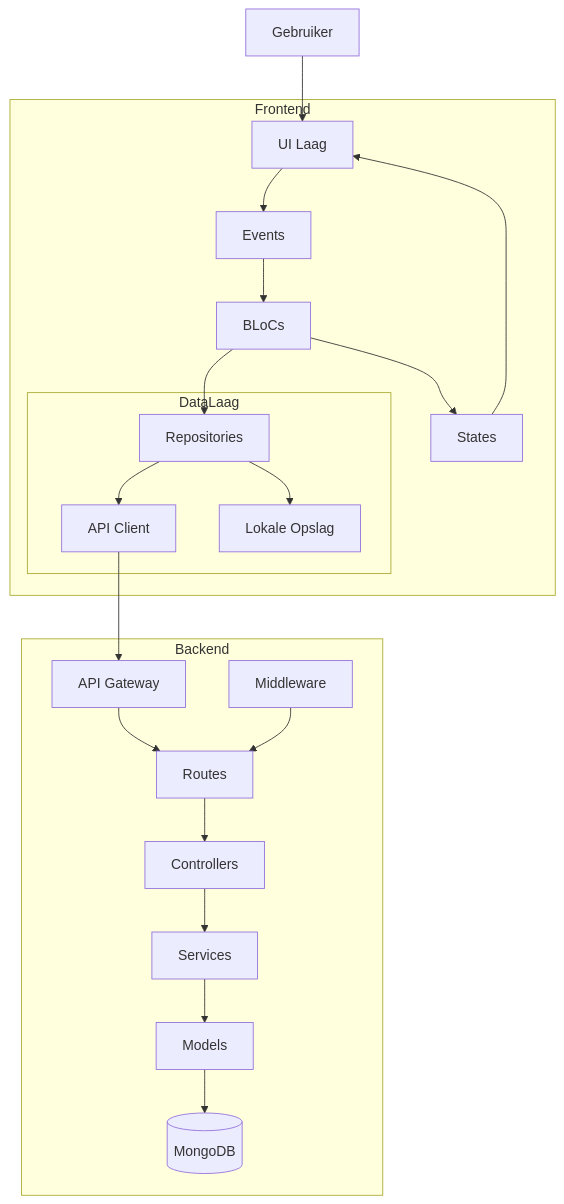
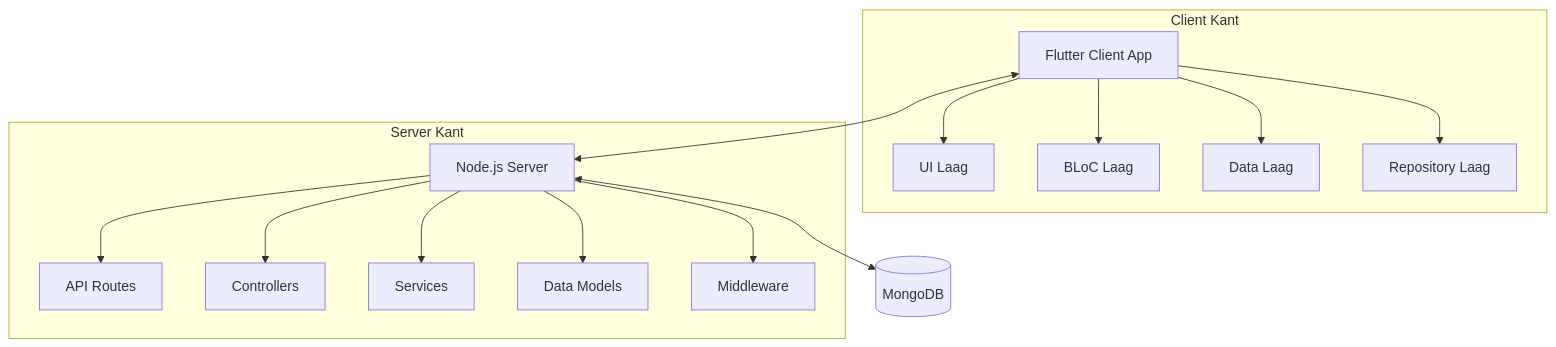
Before and after one commit to SSC-ICT-Innovatie/ICY: the first of 4 diagrams in documentation/netherlands/Architecture_Document.md, drawn with Mermaid. The commit also changed other lines of this file and 58 other files, not shown here.

````diff
--- a/documentation/netherlands/Architecture_Document.md
+++ b/documentation/netherlands/Architecture_Document.md
@@ -59,31 +11,24 @@
 ```mermaid
-flowchart TD
-    User[Gebruiker] --> UI[UI Laag]
+graph TD
+    Client[Flutter Client App]
+    Server[Node.js Server]
+    Database[(MongoDB)]
     
-    subgraph Frontend
-        UI --> Events[Events]
-        Events --> BLoCs[BLoCs]
-        BLoCs --> States[States]
-        States --> UI
-        
-        BLoCs --> Repositories[Repositories]
-        
-        subgraph DataLaag
-            Repositories --> ApiClient[API Client]
-            Repositories --> LocalStorage[Lokale Opslag]
-        end
+    Client <--> Server
+    Server <--> Database
+    
+    subgraph "Client Kant"
+        Client --> UILayer[UI Laag]
+        Client --> BlocLayer[BLoC Laag]
+        Client --> DataLayer[Data Laag]
+        Client --> RepositoryLayer[Repository Laag]
     end
     
-    ApiClient --> API[API Gateway]
-    
-    subgraph Backend
-        API --> Routes[Routes]
-        Routes --> Controllers[Controllers]
-        Controllers --> Services[Services]
-        
-        Services --> Models[Models]
-        Models --> Database[(MongoDB)]
-        
-        Middleware[Middleware] --> Routes
+    subgraph "Server Kant"
+        Server --> Routes[API Routes]
+        Server --> Controllers[Controllers]
+        Server --> Services[Services]
+        Server --> Models[Data Models]
+        Server --> Middleware[Middleware]
     end
 ```
````
